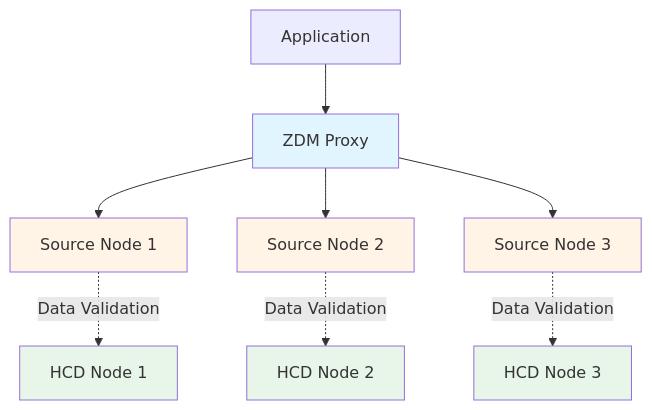
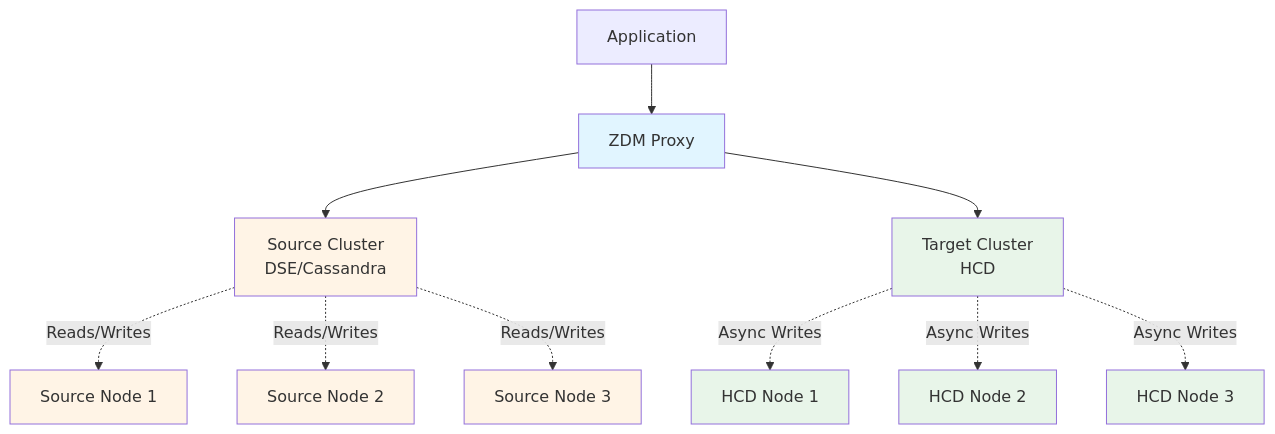
Before and after one commit to michelderu/cassandra-data-migration: the first of 2 diagrams in docs/01-migration-overview.md, drawn with Mermaid. The commit also changed other lines of this file and 4 other files, not shown here.

````diff
--- a/docs/01-migration-overview.md
+++ b/docs/01-migration-overview.md
@@ -165,19 +166,24 @@
 ```mermaid
 graph TD
     App[Application] --> Proxy[ZDM Proxy]
-    Proxy --> SN1[Source Node 1]
-    Proxy --> SN2[Source Node 2]
-    Proxy --> SN3[Source Node 3]
+    Proxy --> Source[Source Cluster<br/>DSE/Cassandra]
+    Proxy --> Target[Target Cluster<br/>HCD]
     
-    SN1 -.Data Validation.-> HN1[HCD Node 1]
-    SN2 -.Data Validation.-> HN2[HCD Node 2]
-    SN3 -.Data Validation.-> HN3[HCD Node 3]
+    Source -.Reads/Writes.-> SN1[Source Node 1]
+    Source -.Reads/Writes.-> SN2[Source Node 2]
+    Source -.Reads/Writes.-> SN3[Source Node 3]
+    
+    Target -.Async Writes.-> HN1[HCD Node 1]
+    Target -.Async Writes.-> HN2[HCD Node 2]
+    Target -.Async Writes.-> HN3[HCD Node 3]
     
     style Proxy fill:#e1f5ff
+    style Source fill:#fff4e6
+    style Target fill:#e8f5e9
     style SN1 fill:#fff4e6
     style SN2 fill:#fff4e6
     style SN3 fill:#fff4e6
     style HN1 fill:#e8f5e9
     style HN2 fill:#e8f5e9
     style HN3 fill:#e8f5e9
 ```
````
